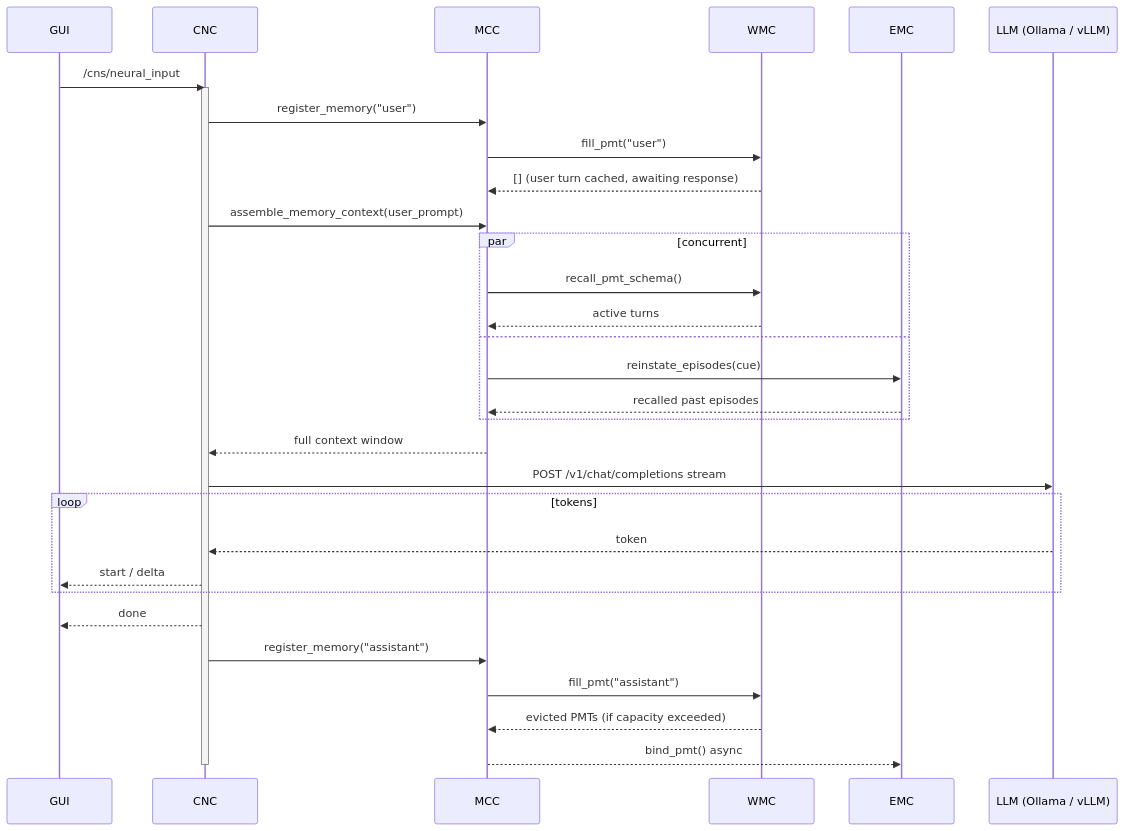
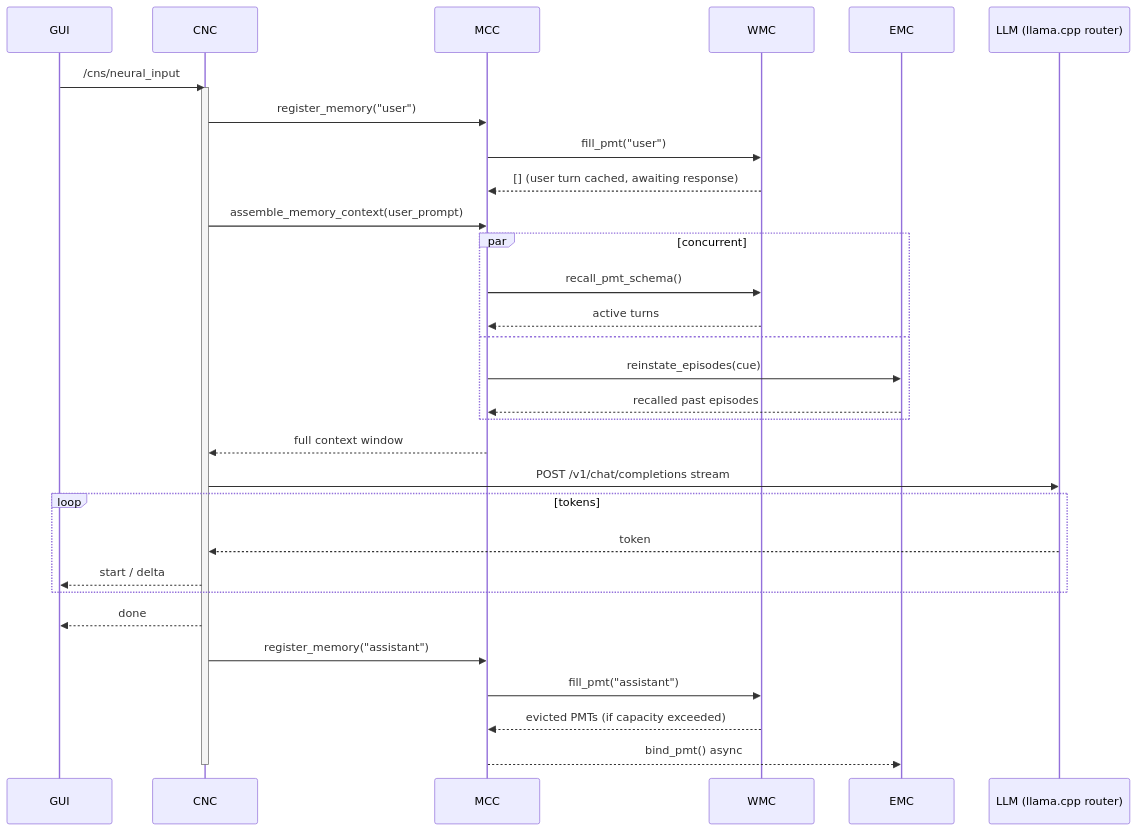
The second of 2 diagrams in README.md (OppaAI/AGi), drawn with Mermaid before and after one commit. The commit also changed other lines of this file and 8 other files, not shown here.

````diff
--- a/README.md
+++ b/README.md
@@ -509,39 +512,39 @@
 ```mermaid
 sequenceDiagram
     participant GUI
     participant CNC
     participant MCC
     participant WMC
     participant EMC
-    participant LLM as LLM (Ollama / vLLM)
+    participant LLM as LLM (llama.cpp router)
  
     GUI->>CNC: /cns/neural_input
     activate CNC
  
     CNC->>MCC: register_memory("user")
     MCC->>WMC: fill_pmt("user")
     WMC-->>MCC: [] (user turn cached, awaiting response)
  
     CNC->>MCC: assemble_memory_context(user_prompt)
     par concurrent
         MCC->>WMC: recall_pmt_schema()
         WMC-->>MCC: active turns
     and
         MCC->>EMC: reinstate_episodes(cue)
         EMC-->>MCC: recalled past episodes
     end
     MCC-->>CNC: full context window
  
     CNC->>LLM: POST /v1/chat/completions stream
     loop tokens
         LLM-->>CNC: token
         CNC-->>GUI: start / delta
     end
     CNC-->>GUI: done
  
     CNC->>MCC: register_memory("assistant")
     MCC->>WMC: fill_pmt("assistant")
     WMC-->>MCC: evicted PMTs (if capacity exceeded)
     MCC-->>EMC: bind_pmt() async
     deactivate CNC
 ```
````
